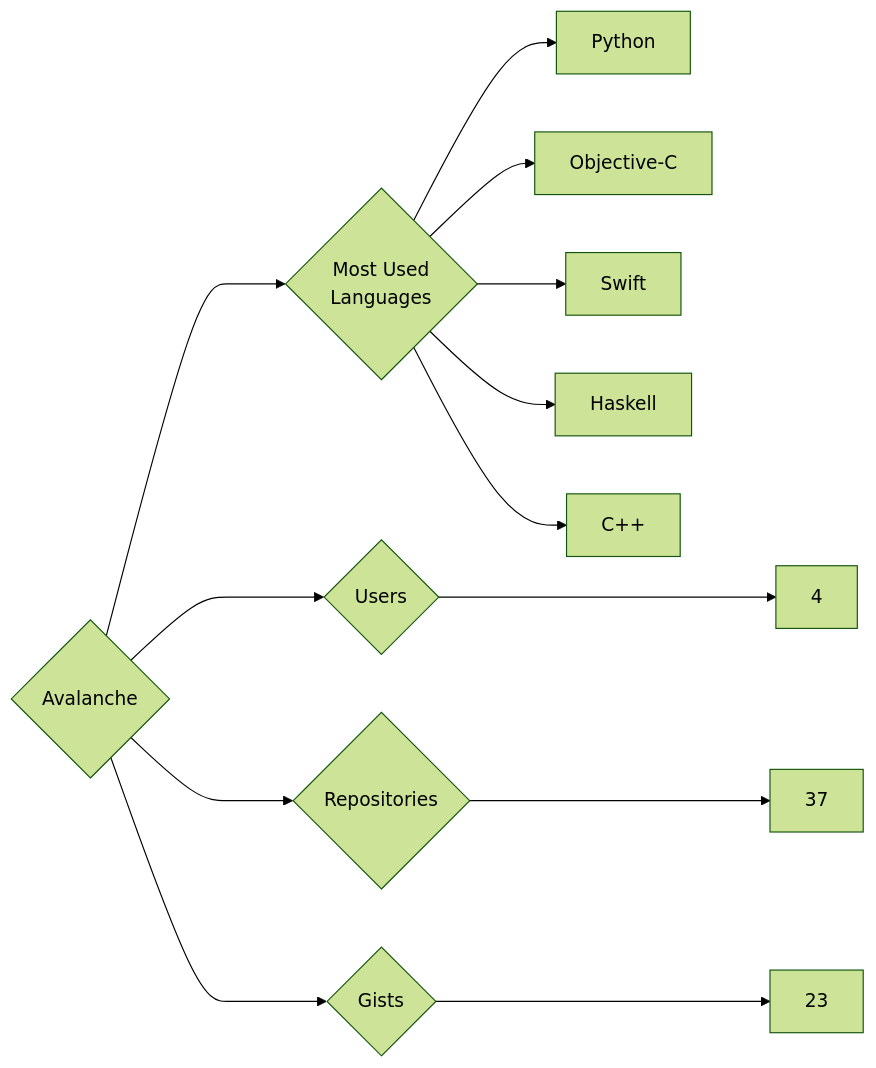
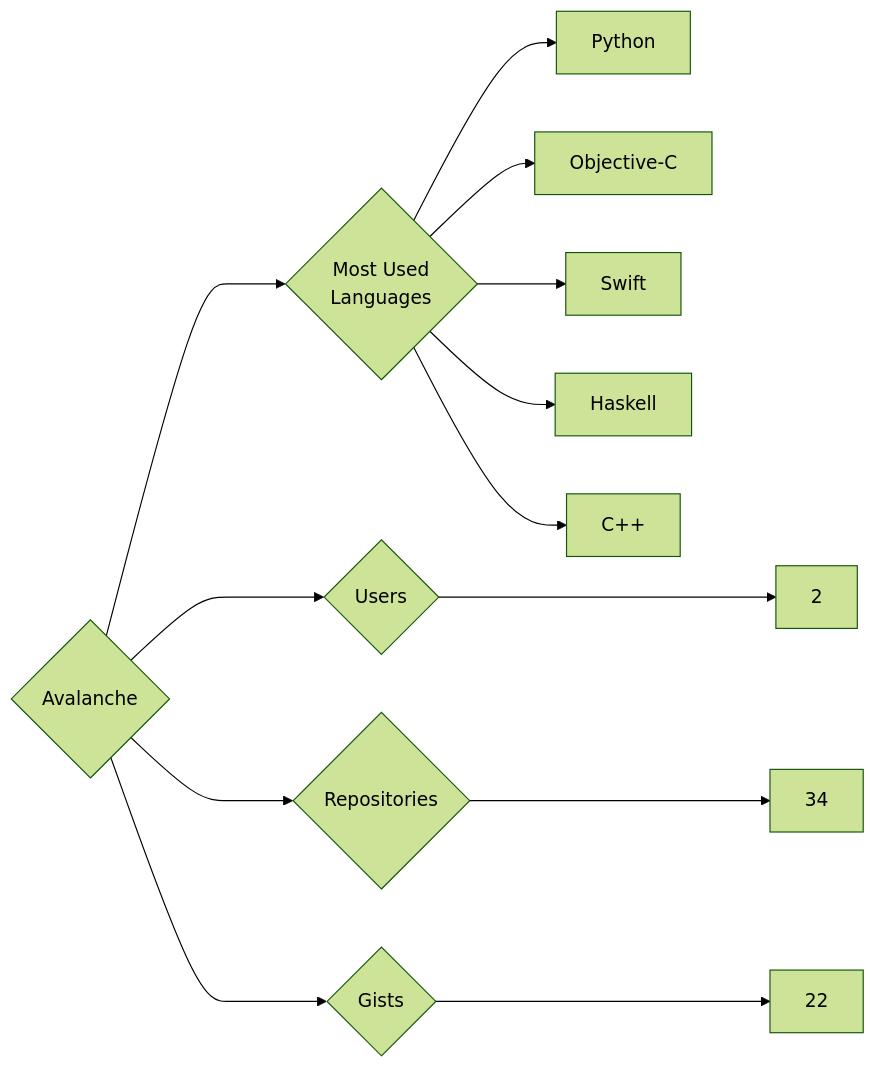
The diagram in targets/Avalanche/README.md (trickest/insiders), drawn with Mermaid (forest theme) before and after one commit. The commit also changed 724 other files, not shown here.

````diff
--- a/targets/Avalanche/README.md
+++ b/targets/Avalanche/README.md
@@ -3,13 +3,13 @@
 ```mermaid
 graph LR
 COMPANY_NAME{Avalanche}
-COMPANY_NAME ---> U{Users} ---> UN[4]
-COMPANY_NAME ---> R{Repositories} ---> RN[37]
-COMPANY_NAME ---> G{Gists} ---> GN[23]
+COMPANY_NAME ---> U{Users} ---> UN[2]
+COMPANY_NAME ---> R{Repositories} ---> RN[34]
+COMPANY_NAME ---> G{Gists} ---> GN[22]
 COMPANY_NAME ---> ML{Most Used<br>Languages}
 ML --> Python[Python]
 ML --> Objective-C[Objective-C]
 ML --> Swift[Swift]
 ML --> Haskell[Haskell]
 ML --> C++[C++]
 ```
````
